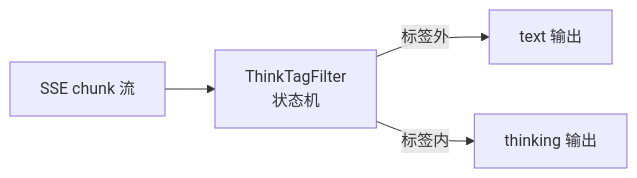
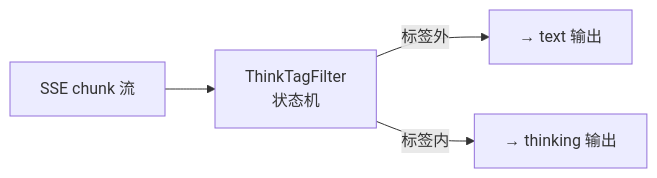
The sixth of 16 diagrams in docs/architecture/provider-system.md (shiwenwen/hope-agent), drawn with Mermaid before and after one commit. The commit also changed other lines of this file and 2 other files, not shown here.

````diff
--- a/docs/architecture/provider-system.md
+++ b/docs/architecture/provider-system.md
@@ -452,6 +444,6 @@
 ```mermaid
 flowchart LR
   INPUT["SSE chunk 流"] --> FILTER["ThinkTagFilter<br/>状态机"]
-  FILTER -->|"标签外"| TEXT["text 输出"]
-  FILTER -->|"标签内"| THINK["thinking 输出"]
+  FILTER -->|"标签外"| TEXT["→ text 输出"]
+  FILTER -->|"标签内"| THINK["→ thinking 输出"]
 ```
````
